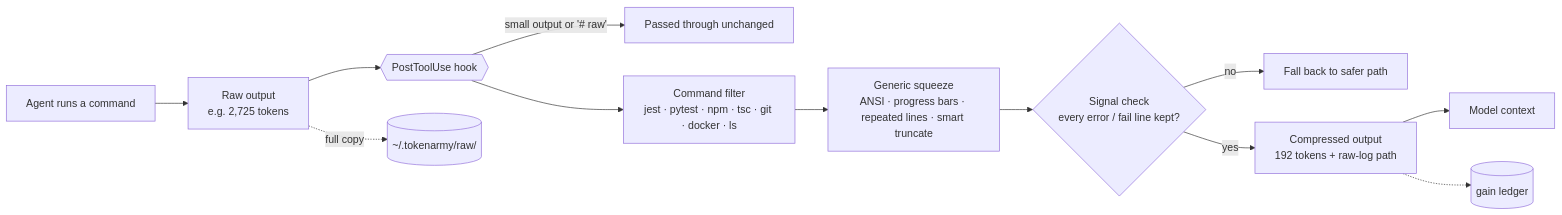
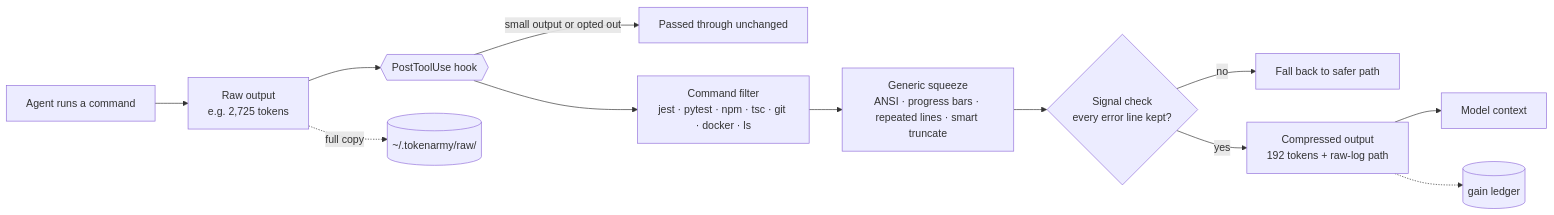
The diagram in README.md (margesh10/TokenArmy), drawn with Mermaid before and after one commit.

Commit message:
README: quote Mermaid labels so the diagram always parses

````diff
--- a/README.md
+++ b/README.md
@@ -179,14 +179,14 @@
 ```mermaid
 flowchart LR
-    A[Agent runs a command] --> B[Raw output<br/>e.g. 2,725 tokens]
-    B --> H{{PostToolUse hook}}
-    H -->|small output or '# raw'| P[Passed through unchanged]
-    H --> F[Command filter<br/>jest · pytest · npm · tsc · git · docker · ls]
-    F --> G[Generic squeeze<br/>ANSI · progress bars · repeated lines · smart truncate]
-    G --> S{Signal check<br/>every error / fail line kept?}
-    S -->|no| X[Fall back to safer path]
-    S -->|yes| C[Compressed output<br/>192 tokens + raw-log path]
-    B -.->|full copy| R[(~/.tokenarmy/raw/)]
-    C --> M[Model context]
-    C -.-> L[(gain ledger)]
+    A["Agent runs a command"] --> B["Raw output<br/>e.g. 2,725 tokens"]
+    B --> H{{"PostToolUse hook"}}
+    H -->|"small output or opted out"| P["Passed through unchanged"]
+    H --> F["Command filter<br/>jest · pytest · npm · tsc · git · docker · ls"]
+    F --> G["Generic squeeze<br/>ANSI · progress bars · repeated lines · smart truncate"]
+    G --> S{"Signal check<br/>every error line kept?"}
+    S -->|"no"| X["Fall back to safer path"]
+    S -->|"yes"| C["Compressed output<br/>192 tokens + raw-log path"]
+    B -.->|"full copy"| R[("~/.tokenarmy/raw/")]
+    C --> M["Model context"]
+    C -.-> L[("gain ledger")]
 ```
````
